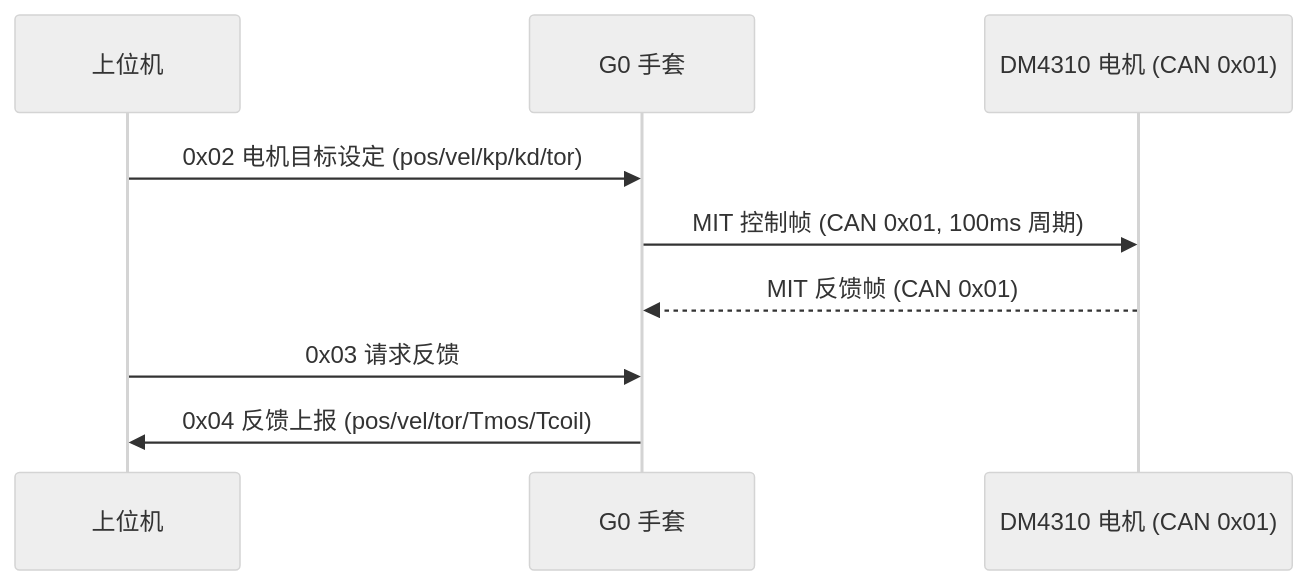
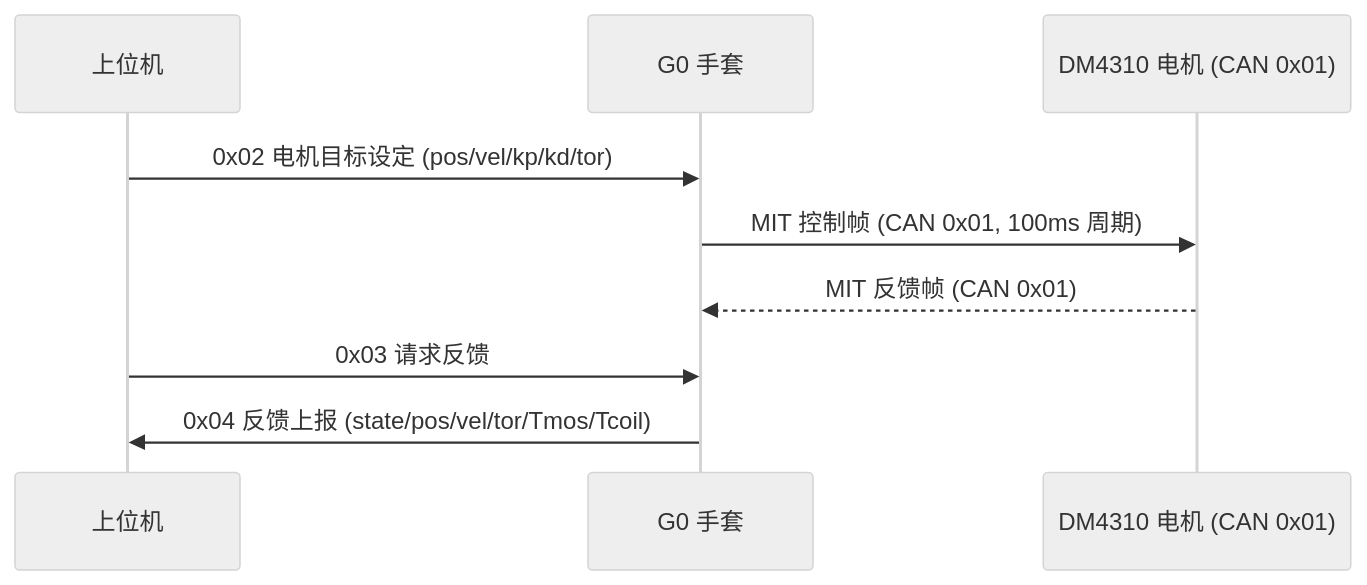
Before and after one commit to fubingyan2026/stm32_workspace_: the third of 3 diagrams in G0_hand_ctrl_sample/docs/uart_protocol.md, drawn with Mermaid (neutral theme). The commit also changed other lines of this file and 212 other files, not shown here.

````diff
--- a/G0_hand_ctrl_sample/docs/uart_protocol.md
+++ b/G0_hand_ctrl_sample/docs/uart_protocol.md
@@ -210,11 +228,11 @@
 ```mermaid
 sequenceDiagram
     participant Host as 上位机
     participant G0 as G0 手套
     participant M as DM4310 电机 (CAN 0x01)
     Host->>G0: 0x02 电机目标设定 (pos/vel/kp/kd/tor)
     G0->>M: MIT 控制帧 (CAN 0x01, 100ms 周期)
     M-->>G0: MIT 反馈帧 (CAN 0x01)
     Host->>G0: 0x03 请求反馈
-    G0->>Host: 0x04 反馈上报 (pos/vel/tor/Tmos/Tcoil)
+    G0->>Host: 0x04 反馈上报 (state/pos/vel/tor/Tmos/Tcoil)
 ```
````
